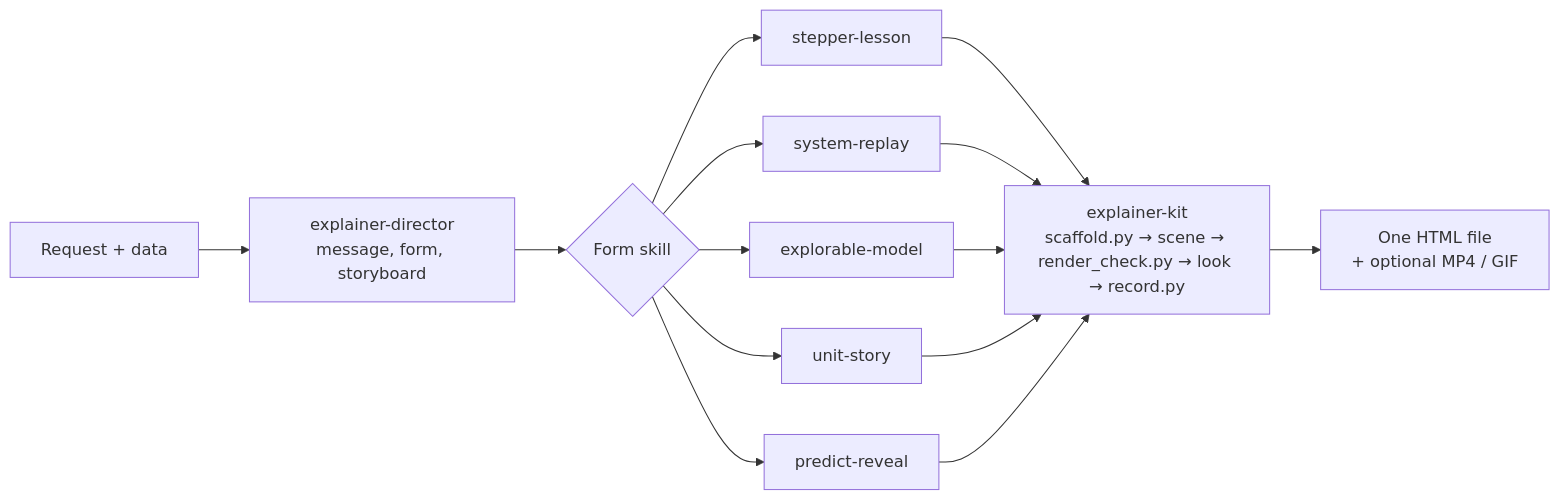
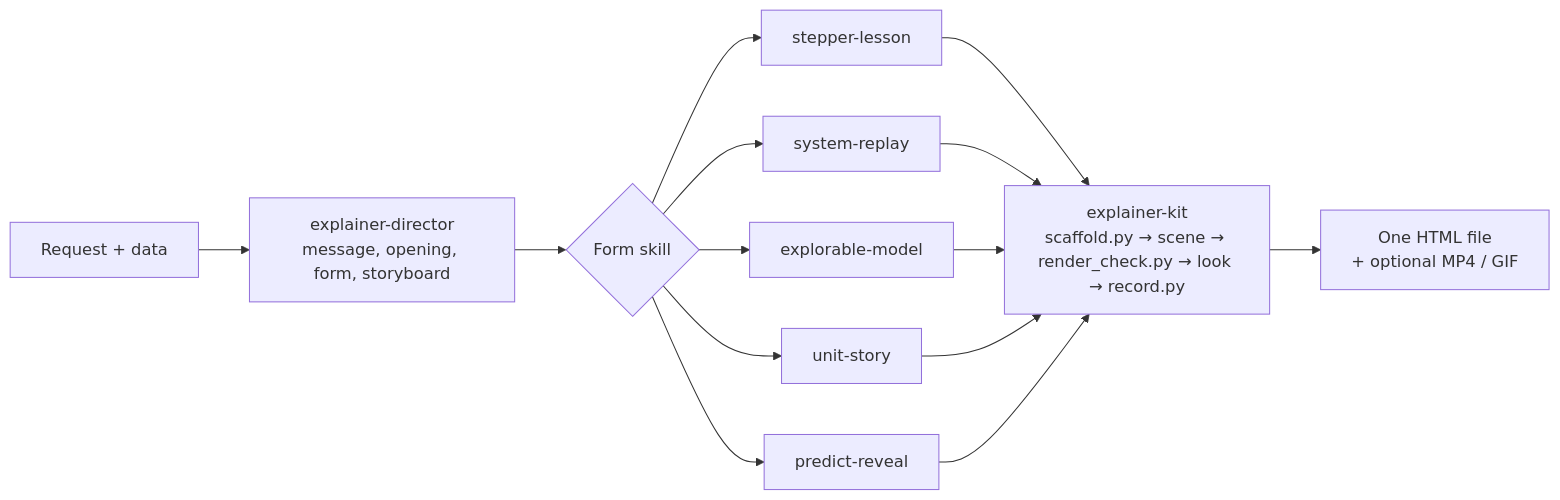
Before and after one commit to k-sandhu/visual-explainer-skills: the diagram in README.md, drawn with Mermaid. The commit also changed other lines of this file and 71 other files, not shown here.

````diff
--- a/README.md
+++ b/README.md
@@ -31,12 +32,12 @@
 ```mermaid
 flowchart LR
-    req[Request + data] --> dir[explainer-director<br/>message, form, storyboard]
+    req[Request + data] --> dir[explainer-director<br/>message, opening, form, storyboard]
     dir --> form{Form skill}
     form --> s1[stepper-lesson]
     form --> s2[system-replay]
     form --> s3[explorable-model]
     form --> s4[unit-story]
     form --> s5[predict-reveal]
     s1 & s2 & s3 & s4 & s5 --> kit[explainer-kit<br/>scaffold.py → scene → render_check.py → look → record.py]
     kit --> out[One HTML file<br/>+ optional MP4 / GIF]
 ```
````
